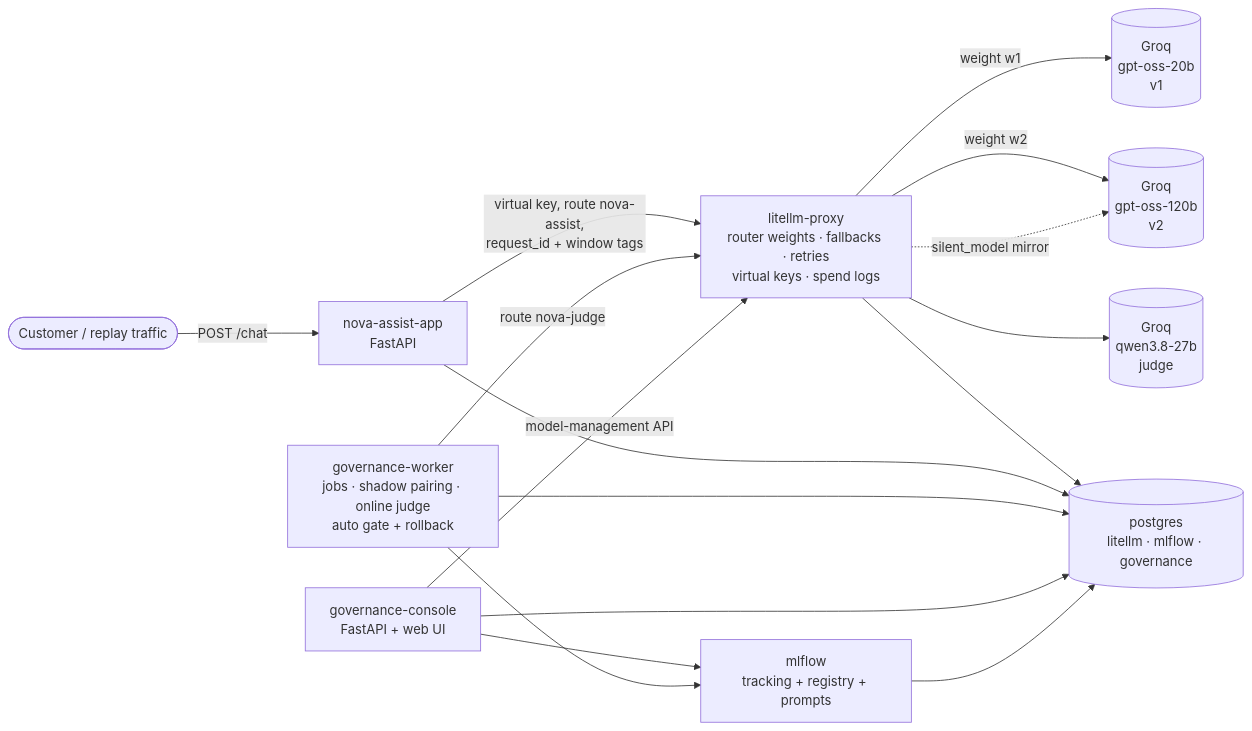
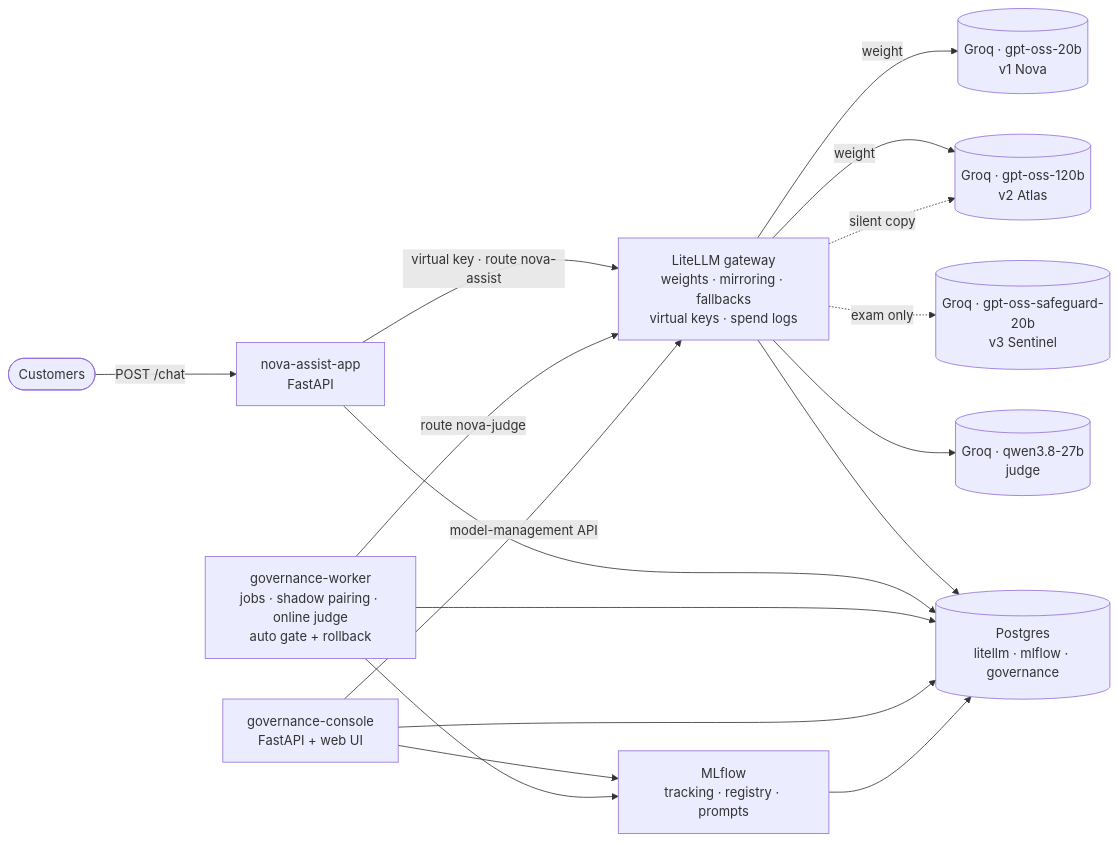
The diagram in README.md (data-guru0/Model-Governance-Crash-Course), drawn with Mermaid before and after one commit. The commit also changed other lines of this file and 9 other files, not shown here.

````diff
--- a/README.md
+++ b/README.md
@@ -47,18 +51,19 @@
 ```mermaid
 flowchart LR
-    customer([Customer / replay traffic]) -->|POST /chat| app[nova-assist-app<br/>FastAPI]
-    app -->|virtual key, route nova-assist,<br/>request_id + window tags| gw[litellm-proxy<br/>router weights · fallbacks · retries<br/>virtual keys · spend logs]
-    gw -->|weight w1| v1[(Groq<br/>gpt-oss-20b<br/>v1)]
-    gw -->|weight w2| v2[(Groq<br/>gpt-oss-120b<br/>v2)]
-    gw -. silent_model mirror .-> v2
+    customer([Customers]) -->|POST /chat| app[nova-assist-app<br/>FastAPI]
+    app -->|virtual key · route nova-assist| gw[LiteLLM gateway<br/>weights · mirroring · fallbacks<br/>virtual keys · spend logs]
+    gw -->|weight| v1[(Groq · gpt-oss-20b<br/>v1 Nova)]
+    gw -->|weight| v2[(Groq · gpt-oss-120b<br/>v2 Atlas)]
+    gw -. silent copy .-> v2
+    gw -. exam only .-> v3[(Groq · gpt-oss-safeguard-20b<br/>v3 Sentinel)]
     worker[governance-worker<br/>jobs · shadow pairing · online judge<br/>auto gate + rollback] -->|route nova-judge| gw
-    gw --> judge[(Groq<br/>qwen3.8-27b<br/>judge)]
+    gw --> judge[(Groq · qwen3.8-27b<br/>judge)]
     console[governance-console<br/>FastAPI + web UI] -->|model-management API| gw
-    console --> mlflow[mlflow<br/>tracking + registry + prompts]
+    console --> mlflow[MLflow<br/>tracking · registry · prompts]
     worker --> mlflow
-    gw --> pg[(postgres<br/>litellm · mlflow · governance)]
+    gw --> pg[(Postgres<br/>litellm · mlflow · governance)]
     app --> pg
     worker --> pg
     console --> pg
     mlflow --> pg
 ```
````
